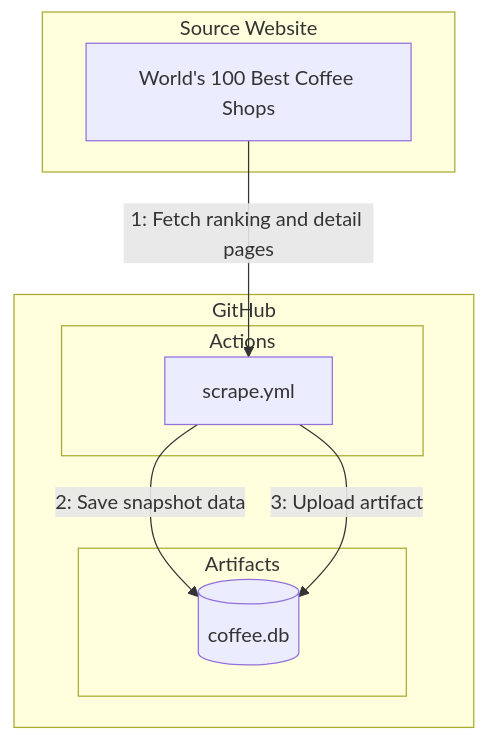
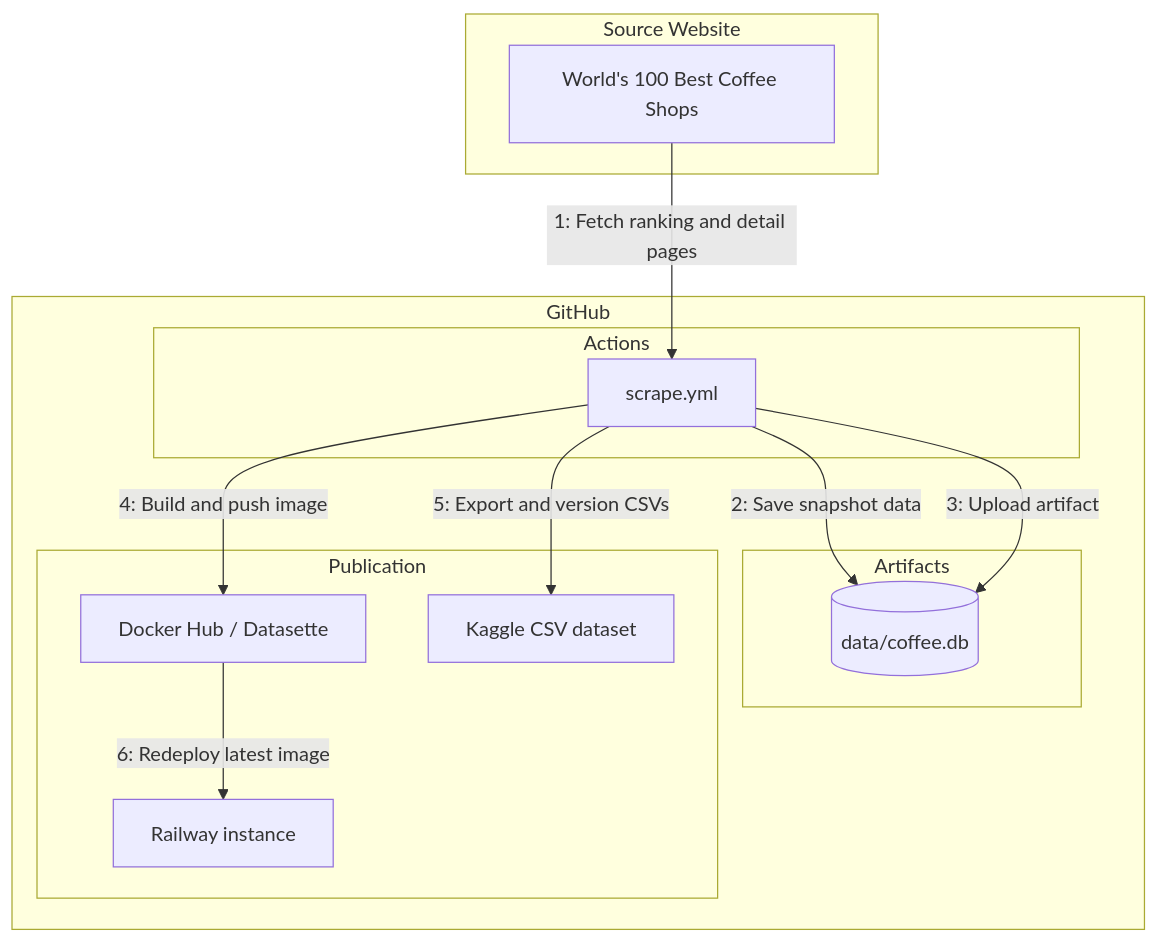
One commit to ngshiheng/coffeedb changed the diagram in README.md. Above: the diagram before and after it, drawn with Mermaid. The commit also changed other lines of this file, not shown here.

Commit message:
docs: document publication setup

````diff
--- a/README.md
+++ b/README.md
@@ -7,18 +7,26 @@
 ```mermaid
 graph TB
 	subgraph GitHub
 		subgraph Actions
 			workflow[scrape.yml]
 		end
 		subgraph Artifacts
-			db[(coffee.db)]
+			db[(data/coffee.db)]
+		end
+		subgraph Publication
+			docker[Docker Hub / Datasette]
+			kaggle[Kaggle CSV dataset]
+			railway[Railway instance]
 		end
 	end
 	subgraph Source Website
 		site[World's 100 Best Coffee Shops]
 	end
 
 	site --> |1: Fetch ranking and detail pages| workflow
 	workflow --> |2: Save snapshot data| db
 	workflow --> |3: Upload artifact| db
+	workflow --> |4: Build and push image| docker
+	workflow --> |5: Export and version CSVs| kaggle
+	docker --> |6: Redeploy latest image| railway
 ```
````
